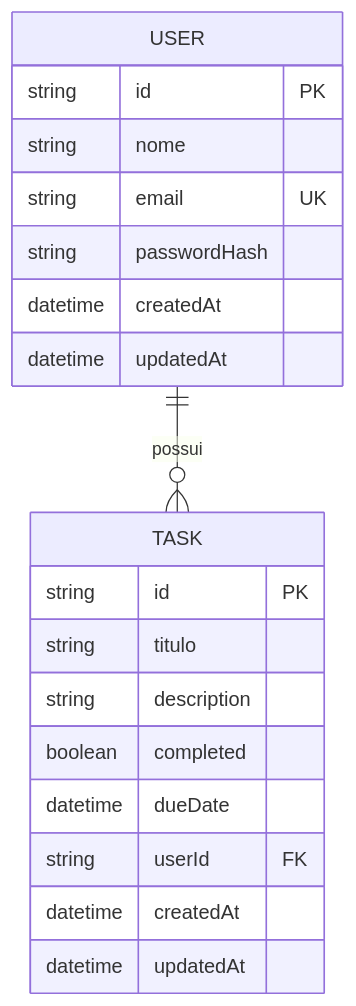
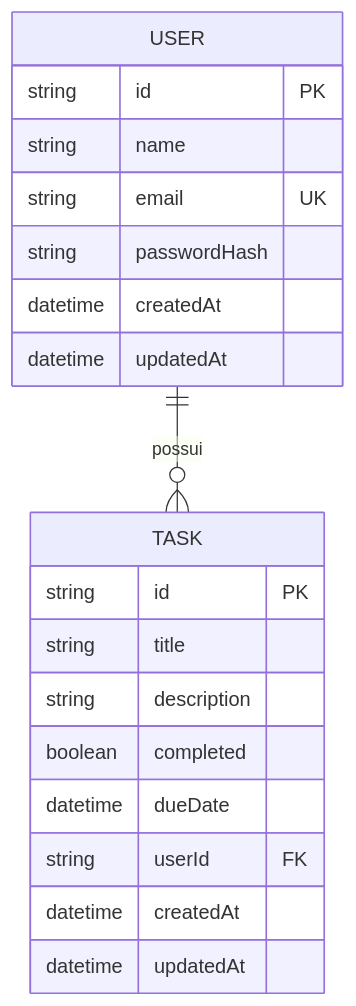
The second of 3 diagrams in README.md (joseluucaas/Taskly), drawn with Mermaid before and after one commit. The commit also changed 3 other files, not shown here.

````diff
--- a/README.md
+++ b/README.md
@@ -83,22 +83,22 @@
 ```mermaid
 erDiagram
     USER ||--o{ TASK : possui
     USER {
         string id PK
-        string nome
+        string name
         string email UK
         string passwordHash
         datetime createdAt
         datetime updatedAt
     }
     TASK {
         string id PK
-        string titulo
+        string title
         string description
         boolean completed
         datetime dueDate
         string userId FK
         datetime createdAt
         datetime updatedAt
     }
 ```
````
